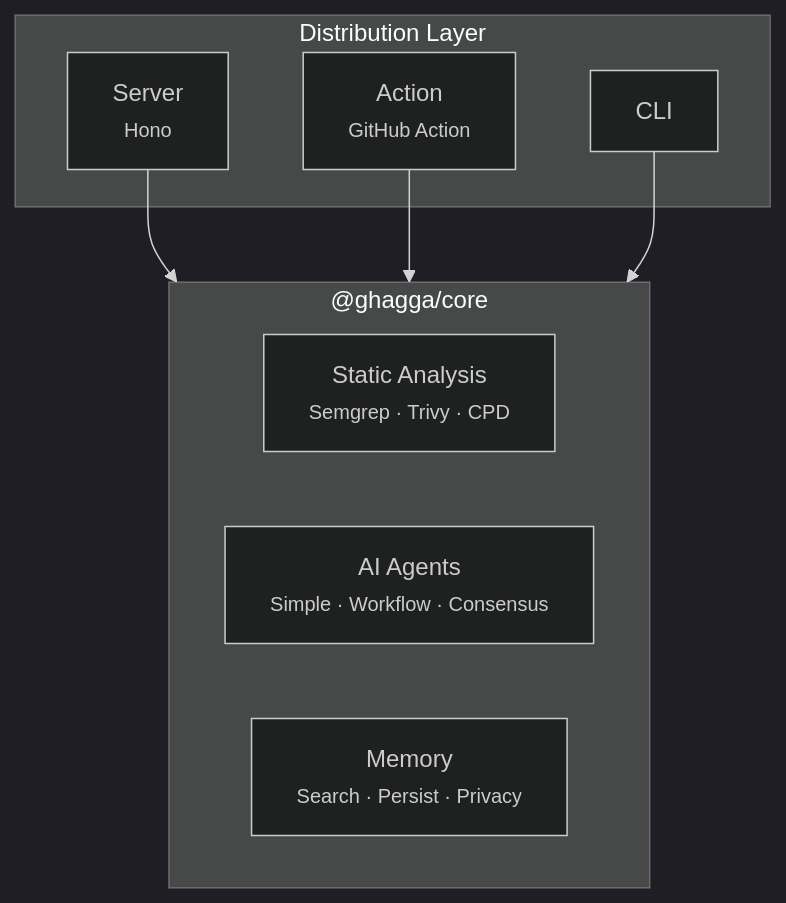
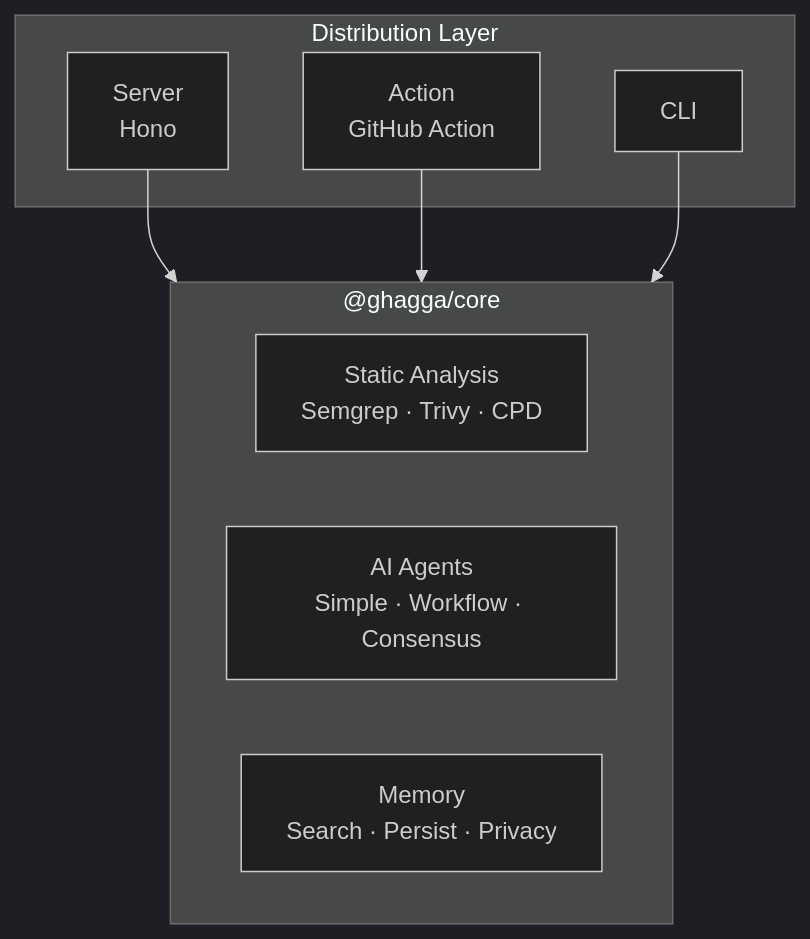
The diagram in docs/README.md (actions-marketplace-validations/JNZader_ghagga), drawn with Mermaid (dark theme) before and after one commit. The commit also changed 7 other files, not shown here.

First line of the commit message:
fix(docs): remove <small> tags from Mermaid diagrams

````diff
--- a/docs/README.md
+++ b/docs/README.md
@@ -30,18 +30,18 @@
 ```mermaid
 graph TB
   subgraph Distribution["Distribution Layer"]
-    Server["Server<br/><small>Hono</small>"]
-    Action["Action<br/><small>GitHub Action</small>"]
+    Server["Server<br/>Hono"]
+    Action["Action<br/>GitHub Action"]
     CLI["CLI"]
   end
 
   subgraph Core["@ghagga/core"]
-    SA["Static Analysis<br/><small>Semgrep · Trivy · CPD</small>"]
-    Agents["AI Agents<br/><small>Simple · Workflow · Consensus</small>"]
-    Memory["Memory<br/><small>Search · Persist · Privacy</small>"]
+    SA["Static Analysis<br/>Semgrep · Trivy · CPD"]
+    Agents["AI Agents<br/>Simple · Workflow · Consensus"]
+    Memory["Memory<br/>Search · Persist · Privacy"]
   end
 
   Server --> Core
   Action --> Core
   CLI --> Core
 ```
````
